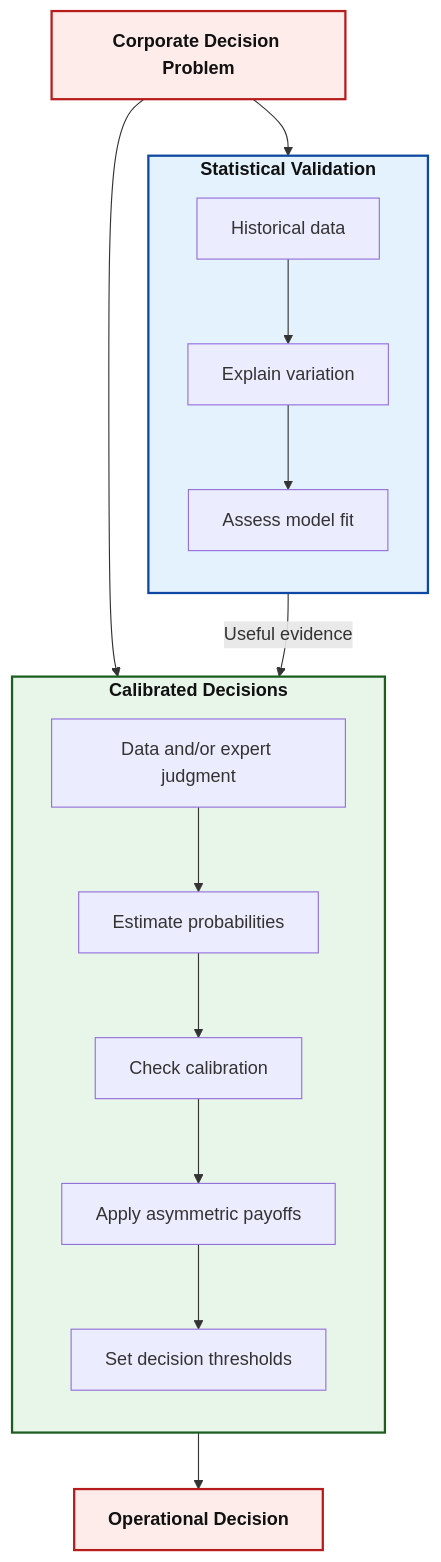
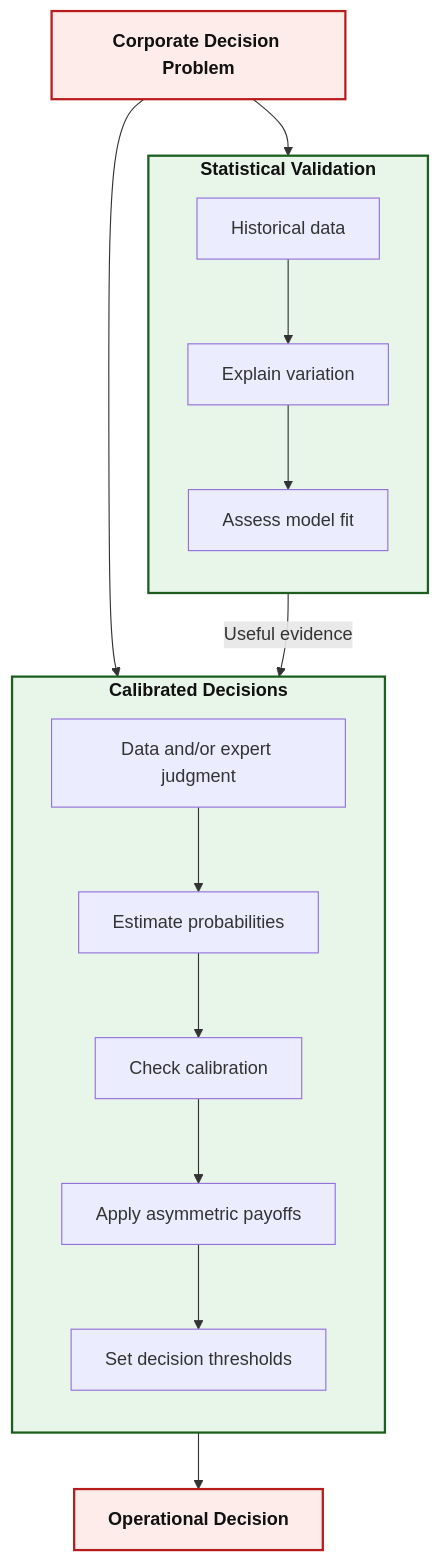
The diagram in work-notes/calibrated-decisions-revised.md (Tellusant/docs), drawn with Mermaid before and after one commit.

Commit message:
Update styles for graph nodes in markdown

```diff
--- a/work-notes/calibrated-decisions-revised.md
+++ b/work-notes/calibrated-decisions-revised.md
@@ -32,38 +32,38 @@
 <div class="mermaid">
 %%{init: {'themeVariables': { 'fontFamily': 'Arial'}}}%%
 flowchart TD
 
     A["`**Corporate Decision Problem**`"]:::red
 
     subgraph R["`**Statistical Validation**`"]
         direction TB
         R1["Historical data"]
         R2["Explain variation"]
         R3["Assess model fit"]
     end
 
     subgraph C["`**Calibrated Decisions**`"]
         direction TB
         C1["Data and/or expert judgment"]
         C2["Estimate probabilities"]
         C3["Check calibration"]
         C4["Apply asymmetric payoffs"]
         C5["Set decision thresholds"]
     end
 
     A --> R
     A --> C
 
     R1 --> R2 --> R3
     C1 --> C2 --> C3 --> C4 --> C5
 
     R3 -->|"Useful evidence"| C2
     C5 --> D["`**Operational Decision**`"]:::red
 
     %% ========= SUBGRAPH STYLES =========
-    style R fill:#E3F2FD,stroke:#0D47A1,stroke-width:2px,color:#111
+    style R fill:#E8F5E9,stroke:#1B5E20,stroke-width:2px,color:#111
     style C fill:#E8F5E9,stroke:#1B5E20,stroke-width:2px,color:#111
 
     %% ========= NODE STYLES =========
     classDef red fill:#FDECEA,stroke:#B71C1C,stroke-width:2px,color:#111;
 </div>
```
